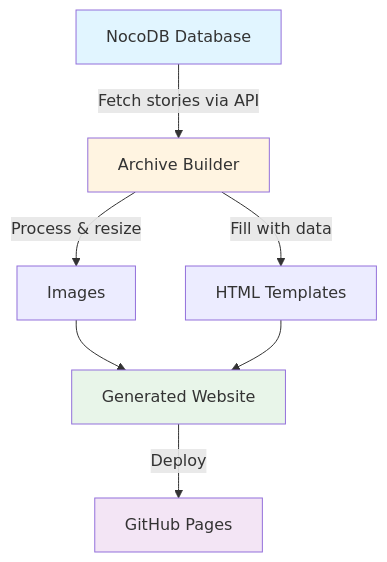
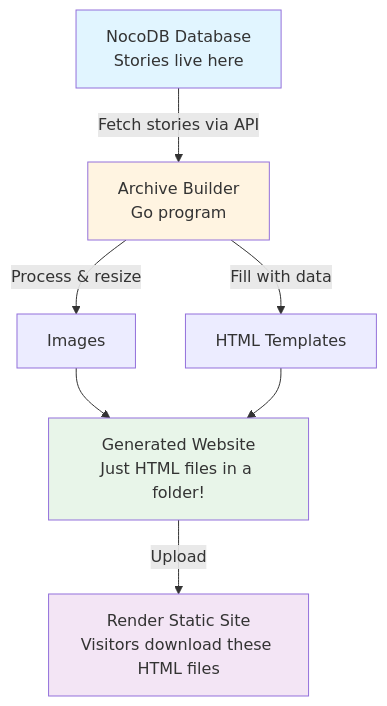
The first of 6 diagrams in README.md (commonknowledge/community-climate-justice-archive), drawn with Mermaid before and after one commit. The commit also changed other lines of this file, not shown here.

````diff
--- a/README.md
+++ b/README.md
@@ -35,14 +57,14 @@
 ```mermaid
 graph TB
-    A[NocoDB Database] -->|Fetch stories via API| B[Archive Builder]
+    A[NocoDB Database<br/>Stories live here] -->|Fetch stories via API| B[Archive Builder<br/>Go program]
     B -->|Process & resize| C[Images]
     B -->|Fill with data| D[HTML Templates]
-    C --> E[Generated Website]
+    C --> E[Generated Website<br/>Just HTML files in a folder!]
     D --> E
-    E -->|Deploy| F[GitHub Pages]
+    E -->|Upload| F[Render Static Site<br/>Visitors download these HTML files]
     
     style A fill:#e1f5ff
     style B fill:#fff4e1
     style E fill:#e8f5e9
     style F fill:#f3e5f5
 ```
````
